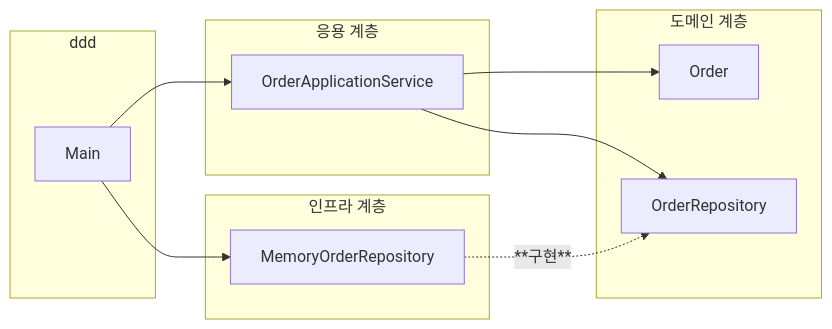
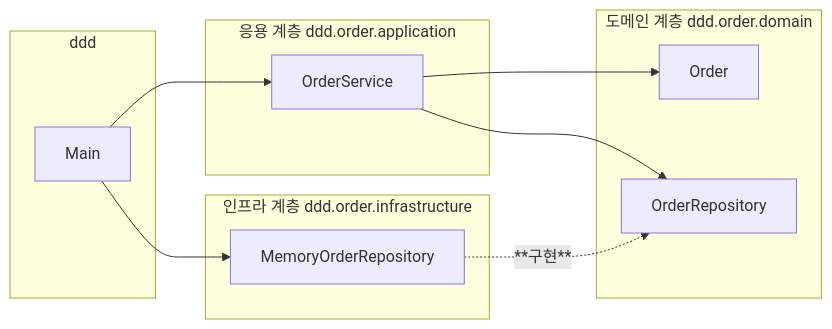
One commit to busan-bank-2026/ddd-example changed the diagram in .projectcode/chapters/layers/diagrams/flow.md. Above: the diagram before and after it, drawn with Mermaid. The commit also changed 12 other files, not shown here.

````diff
--- a/.projectcode/chapters/layers/diagrams/flow.md
+++ b/.projectcode/chapters/layers/diagrams/flow.md
@@ -3,21 +3,21 @@
 ```mermaid
 flowchart LR
   subgraph main [ddd]
     M[Main]
   end
-  subgraph application [응용 계층]
-    S[OrderApplicationService]
+  subgraph application [응용 계층 ddd.order.application]
+    S[OrderService]
   end
-  subgraph infrastructure [인프라 계층]
+  subgraph infrastructure [인프라 계층 ddd.order.infrastructure]
     R[MemoryOrderRepository]
   end
-  subgraph domain [도메인 계층]
+  subgraph domain [도메인 계층 ddd.order.domain]
     O[Order]
     I[OrderRepository]
   end
   M --> S
   M --> R
   S --> O
   S --> I
   R -. **구현** .-> I
 ```
````
